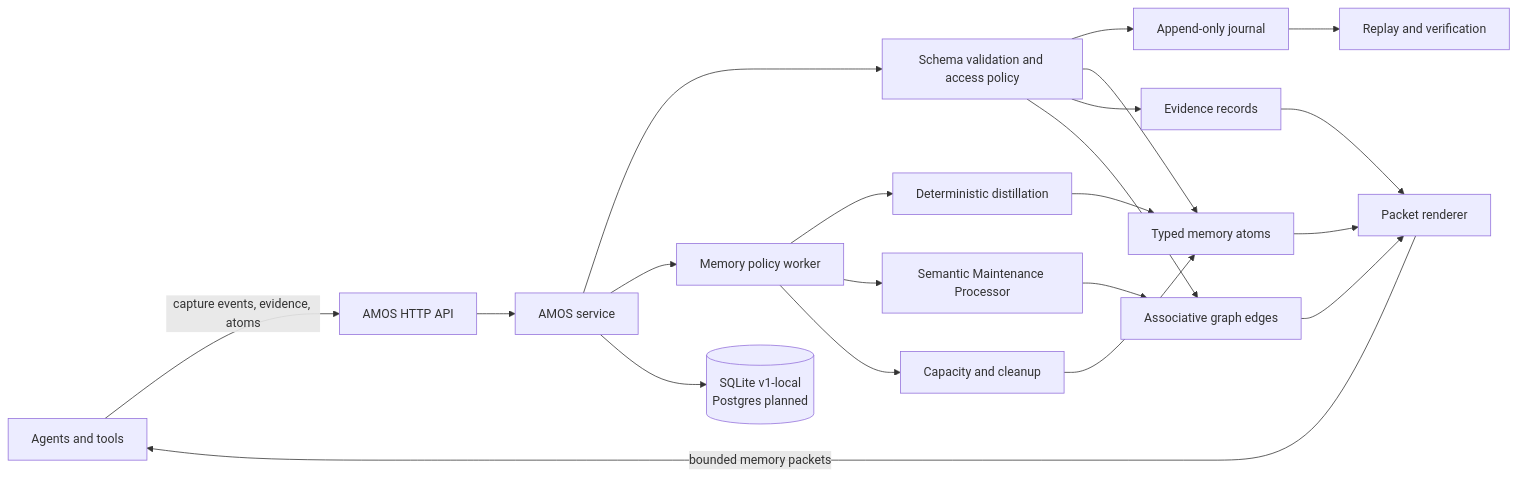
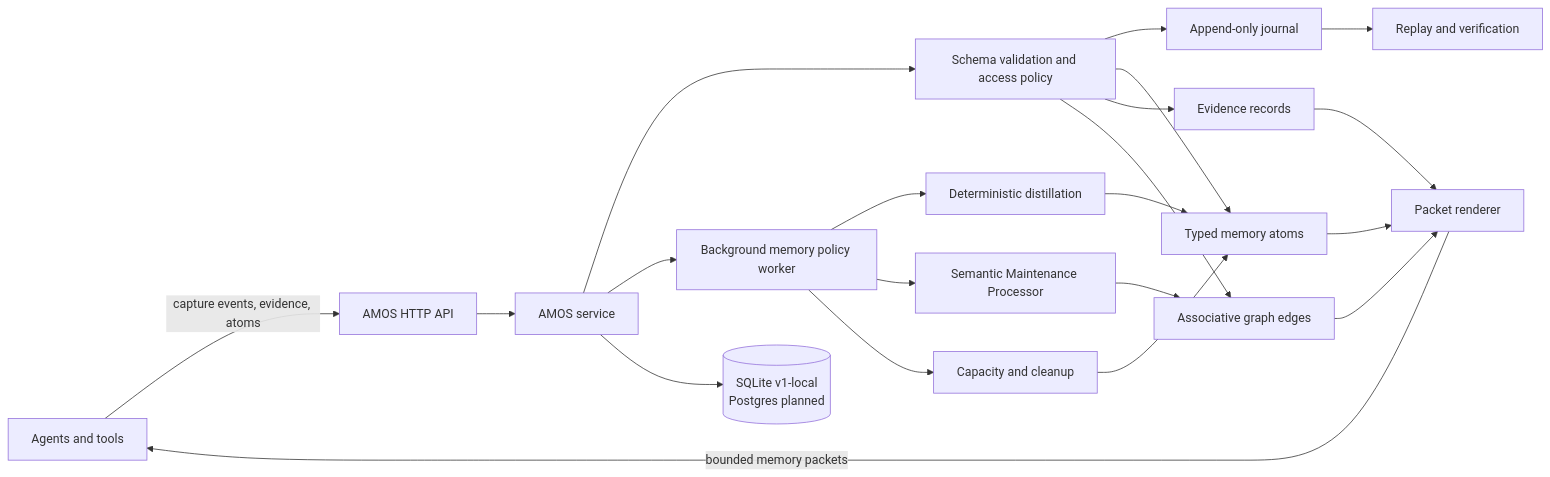
One commit to adegany/amos changed the diagram in README.md. Above: the diagram before and after it, drawn with Mermaid. The commit also changed other lines of this file and 9 other files, not shown here.

````diff
--- a/README.md
+++ b/README.md
@@ -21,23 +21,23 @@
 ```mermaid
 flowchart LR
     A[Agents and tools] -->|capture events, evidence, atoms| H[AMOS HTTP API]
     H --> S[AMOS service]
     S --> V[Schema validation and access policy]
     V --> J[Append-only journal]
     V --> M[Typed memory atoms]
     V --> E[Evidence records]
     V --> G[Associative graph edges]
     J --> R[Replay and verification]
     M --> P[Packet renderer]
     E --> P
     G --> P
-    S --> W[Memory policy worker]
+    S --> W[Background memory policy worker]
     W --> D[Deterministic distillation]
     W --> SMP[Semantic Maintenance Processor]
     W --> C[Capacity and cleanup]
     D --> M
     SMP --> G
     C --> M
     P -->|bounded memory packets| A
     S --> DB[(SQLite v1-local\nPostgres planned)]
 ```
````
